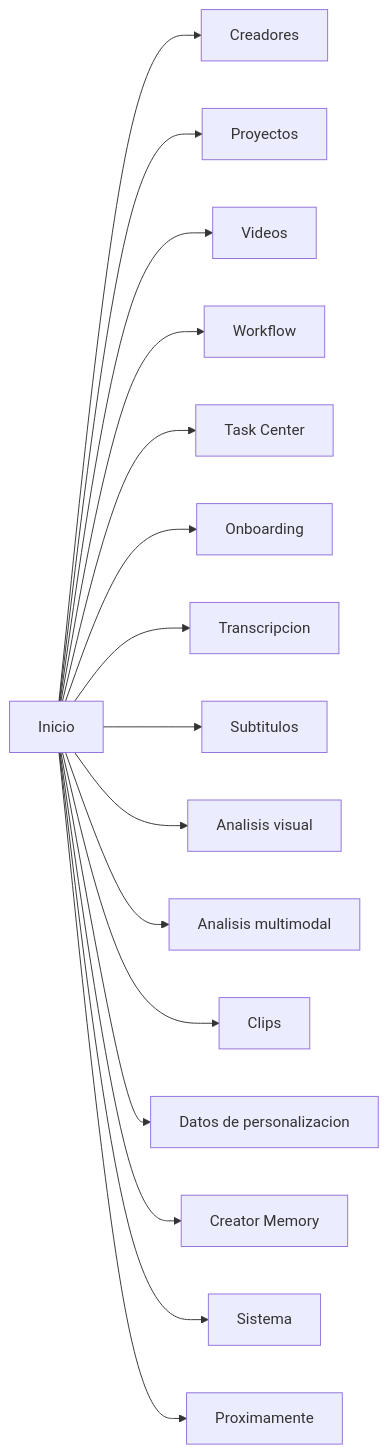
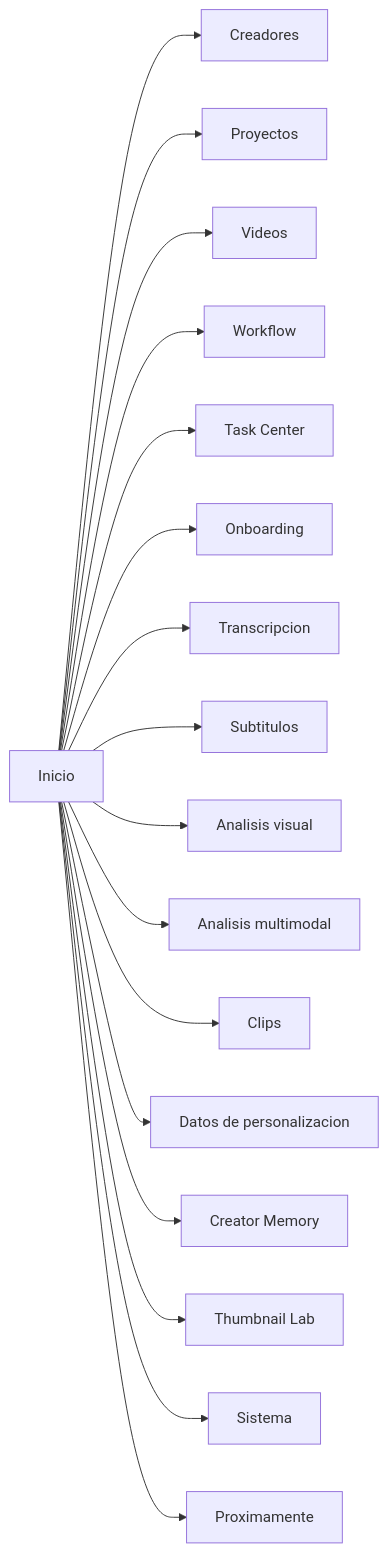
One commit to AS26-Lab/Creator_Inteligence_Studio changed the diagram in docs/UI_MAP.md. Above: the diagram before and after it, drawn with Mermaid. The commit also changed other lines of this file and 65 other files, not shown here.

Commit message:
feat: add brand-grounded thumbnail lab and titles

````diff
--- a/docs/UI_MAP.md
+++ b/docs/UI_MAP.md
@@ -5,18 +5,19 @@
 ```mermaid
 flowchart LR
     Home[Inicio] --> Creators[Creadores]
     Home --> Projects[Proyectos]
     Home --> Media[Videos]
     Home --> Workflow[Workflow]
     Home --> Tasks[Task Center]
     Home --> Onboarding[Onboarding]
     Home --> Transcription[Transcripcion]
     Home --> Subtitles[Subtitulos]
     Home --> Visual[Analisis visual]
     Home --> Multimodal[Analisis multimodal]
     Home --> Clips[Clips]
     Home --> Personalization[Datos de personalizacion]
     Home --> CreatorMemory[Creator Memory]
+    Home --> Packaging[Thumbnail Lab]
     Home --> System[Sistema]
     Home --> Future[Proximamente]
 ```
````
